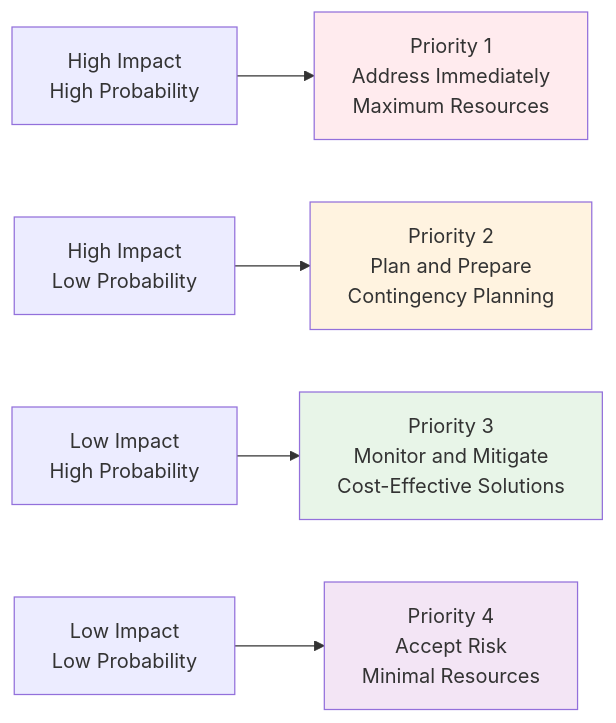
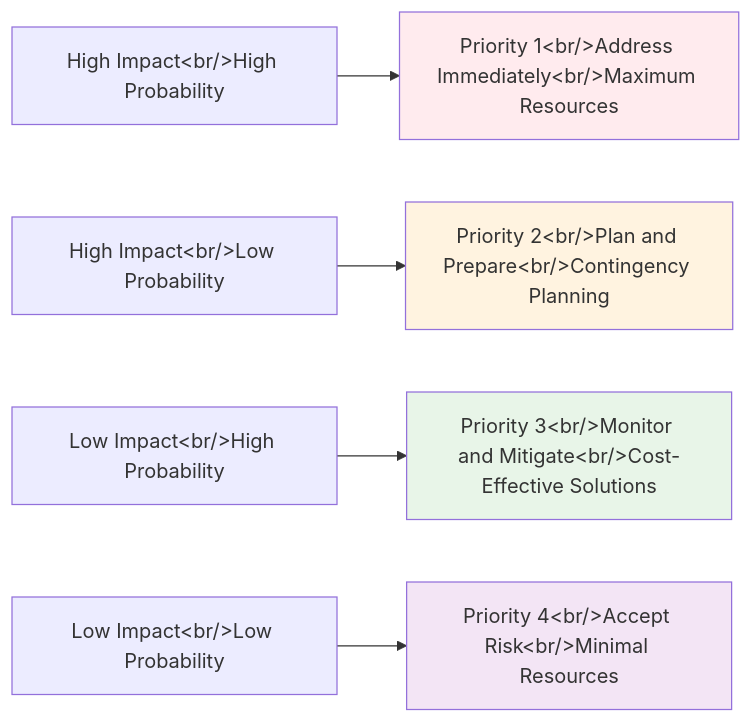
Before and after one commit to milavdabgar/studio: the fifth of 6 diagrams in content/resources/study-materials/32-ict/sem-5/4353204-cyber-security/slidev/02-computer-security-fundamentals.md, drawn with Mermaid. The commit also changed other lines of this file and 4 other files, not shown here.

````diff
--- a/content/resources/study-materials/32-ict/sem-5/4353204-cyber-security/slidev/02-computer-security-fundamentals.md
+++ b/content/resources/study-materials/32-ict/sem-5/4353204-cyber-security/slidev/02-computer-security-fundamentals.md
@@ -1143,12 +1145,12 @@
 ```mermaid
 graph LR
-    A[High Impact<br/>High Probability] --> A1[Priority 1<br/>Address Immediately<br/>Maximum Resources]
-    B[High Impact<br/>Low Probability] --> B1[Priority 2<br/>Plan and Prepare<br/>Contingency Planning]
-    C[Low Impact<br/>High Probability] --> C1[Priority 3<br/>Monitor and Mitigate<br/>Cost-Effective Solutions]
-    D[Low Impact<br/>Low Probability] --> D1[Priority 4<br/>Accept Risk<br/>Minimal Resources]
+    A[High Impact&lt;br/&gt;High Probability] --> A1[Priority 1&lt;br/&gt;Address Immediately&lt;br/&gt;Maximum Resources]
+    B[High Impact&lt;br/&gt;Low Probability] --> B1[Priority 2&lt;br/&gt;Plan and Prepare&lt;br/&gt;Contingency Planning]
+    C[Low Impact&lt;br/&gt;High Probability] --> C1[Priority 3&lt;br/&gt;Monitor and Mitigate&lt;br/&gt;Cost-Effective Solutions]
+    D[Low Impact&lt;br/&gt;Low Probability] --> D1[Priority 4&lt;br/&gt;Accept Risk&lt;br/&gt;Minimal Resources]
     
     style A1 fill:#ffebee
     style B1 fill:#fff3e0
     style C1 fill:#e8f5e8
     style D1 fill:#f3e5f5
 ```
````
